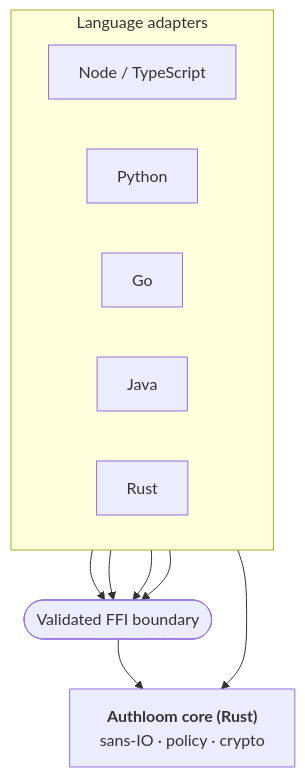
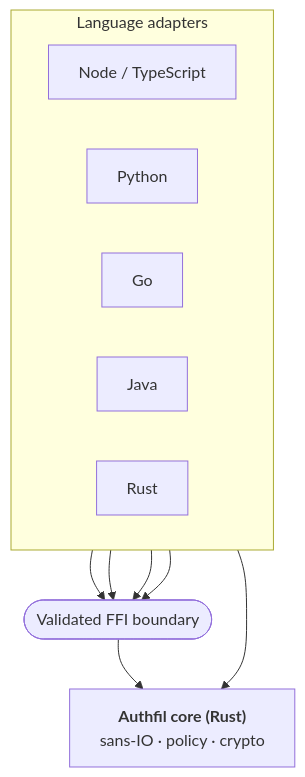
Before and after one commit to authloom/.github: the diagram in profile/README.md, drawn with Mermaid. The commit also changed other lines of this file, not shown here.

````diff
--- a/profile/README.md
+++ b/profile/README.md
@@ -23,15 +23,15 @@
 ```mermaid
 flowchart TB
     subgraph adapters["Language adapters"]
         direction LR
         node["Node / TypeScript"]
         python["Python"]
         go["Go"]
         java["Java"]
         rust["Rust"]
     end
     boundary(["Validated FFI boundary"])
-    core["<b>Authloom core (Rust)</b><br/>sans-IO · policy · crypto"]
+    core["<b>Authfil core (Rust)</b><br/>sans-IO · policy · crypto"]
     node & python & go & java --> boundary --> core
     rust --> core
 ```
````
